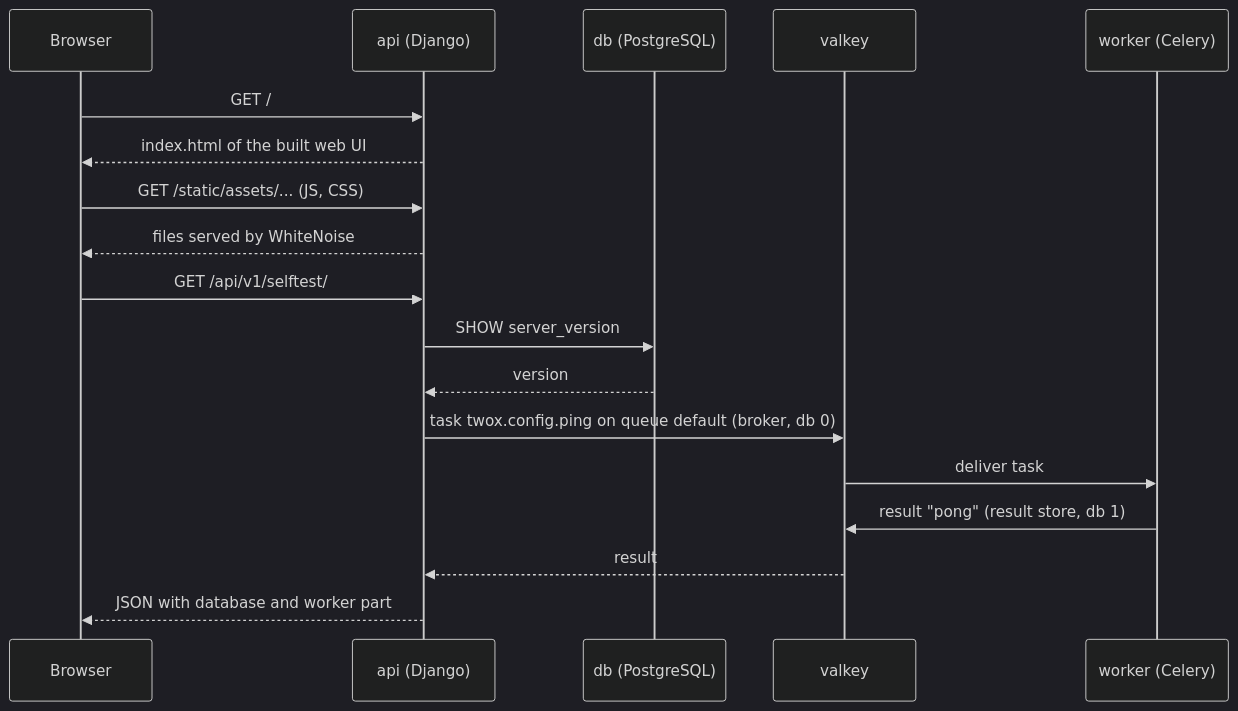
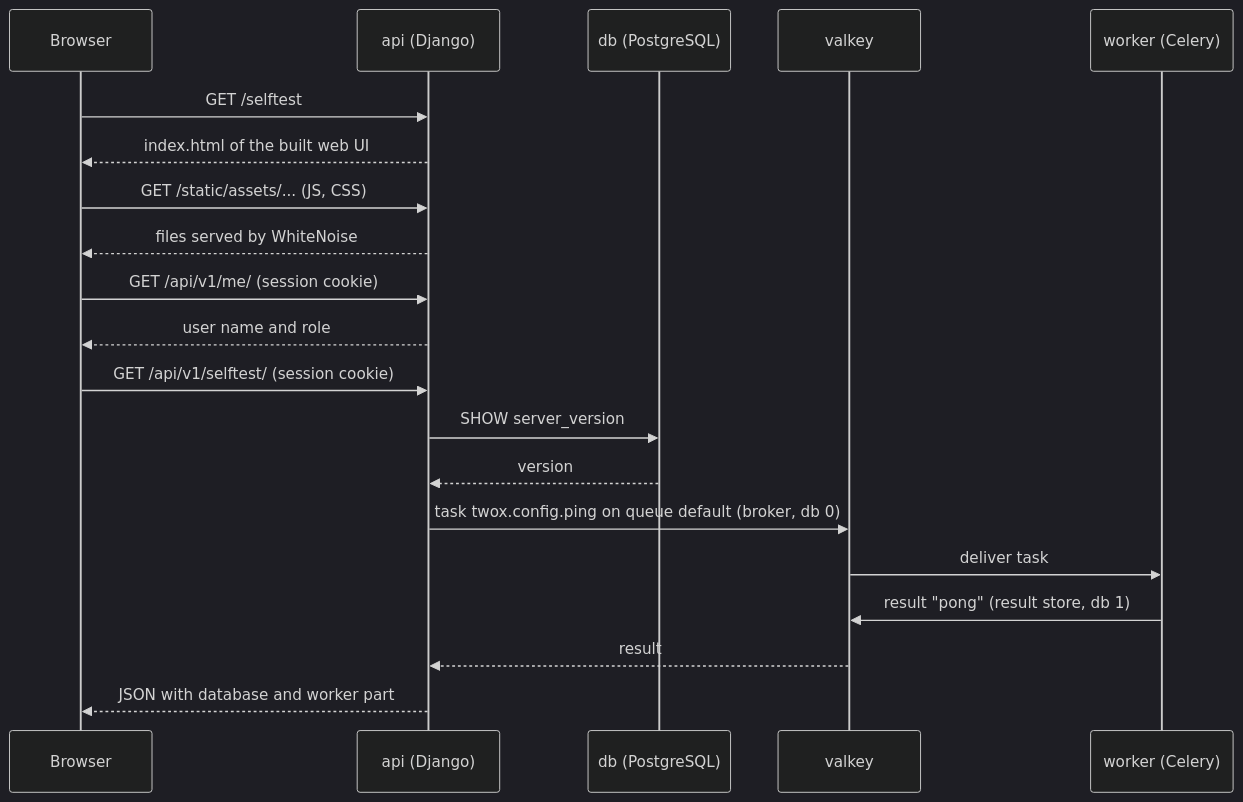
The third of 3 diagrams in docs/ARCHITECTURE.md (7rebla/2x), drawn with Mermaid (dark theme) before and after one commit. The commit also changed other lines of this file and 2 other files, not shown here.

First line of the commit message:
Describe milestone M1 in README and architecture notes

````diff
--- a/docs/ARCHITECTURE.md
+++ b/docs/ARCHITECTURE.md
@@ -144,20 +274,22 @@
 ```mermaid
 sequenceDiagram
   participant B as Browser
   participant A as api (Django)
   participant D as db (PostgreSQL)
   participant V as valkey
   participant W as worker (Celery)
-  B->>A: GET /
+  B->>A: GET /selftest
   A-->>B: index.html of the built web UI
   B->>A: GET /static/assets/... (JS, CSS)
   A-->>B: files served by WhiteNoise
-  B->>A: GET /api/v1/selftest/
+  B->>A: GET /api/v1/me/ (session cookie)
+  A-->>B: user name and role
+  B->>A: GET /api/v1/selftest/ (session cookie)
   A->>D: SHOW server_version
   D-->>A: version
   A->>V: task twox.config.ping on queue default (broker, db 0)
   V->>W: deliver task
   W->>V: result "pong" (result store, db 1)
   V-->>A: result
   A-->>B: JSON with database and worker part
 ```
````
